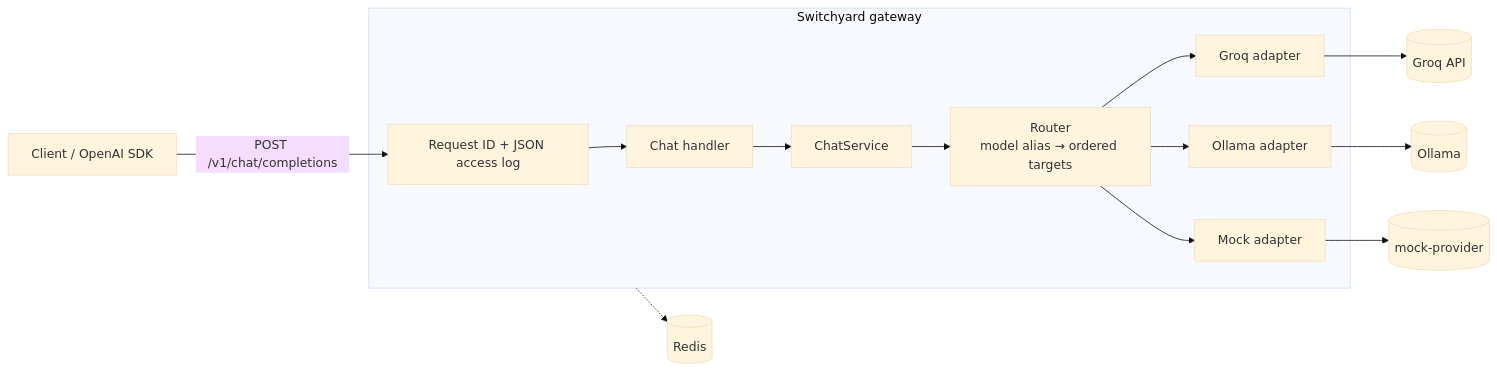
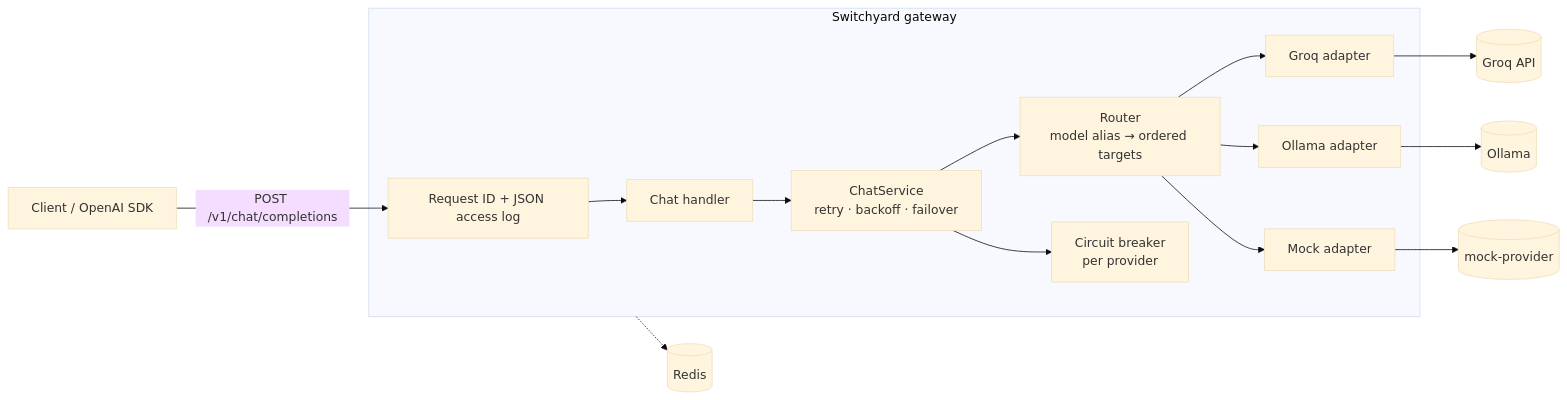
The diagram in README.md (shaunak2202/switchyard), drawn with Mermaid (base theme) before and after one commit. The commit also changed other lines of this file and 18 other files, not shown here.

First line of the commit message:
Phase 2: retries, circuit breaker and failover

````diff
--- a/README.md
+++ b/README.md
@@ -15,16 +15,17 @@
 ```mermaid
 flowchart LR
     C[Client / OpenAI SDK] -->|POST /v1/chat/completions| MW
     subgraph GW[Switchyard gateway]
         MW[Request ID + JSON access log] --> H[Chat handler]
-        H --> S[ChatService]
+        H --> S[ChatService<br/>retry · backoff · failover]
         S --> R[Router<br/>model alias → ordered targets]
+        S --> CB[Circuit breaker<br/>per provider]
         R --> A1[Groq adapter]
         R --> A2[Ollama adapter]
         R --> A3[Mock adapter]
     end
     A1 --> G[(Groq API)]
     A2 --> O[(Ollama)]
     A3 --> M[(mock-provider)]
     GW -.-> RD[(Redis)]
 ```
````
